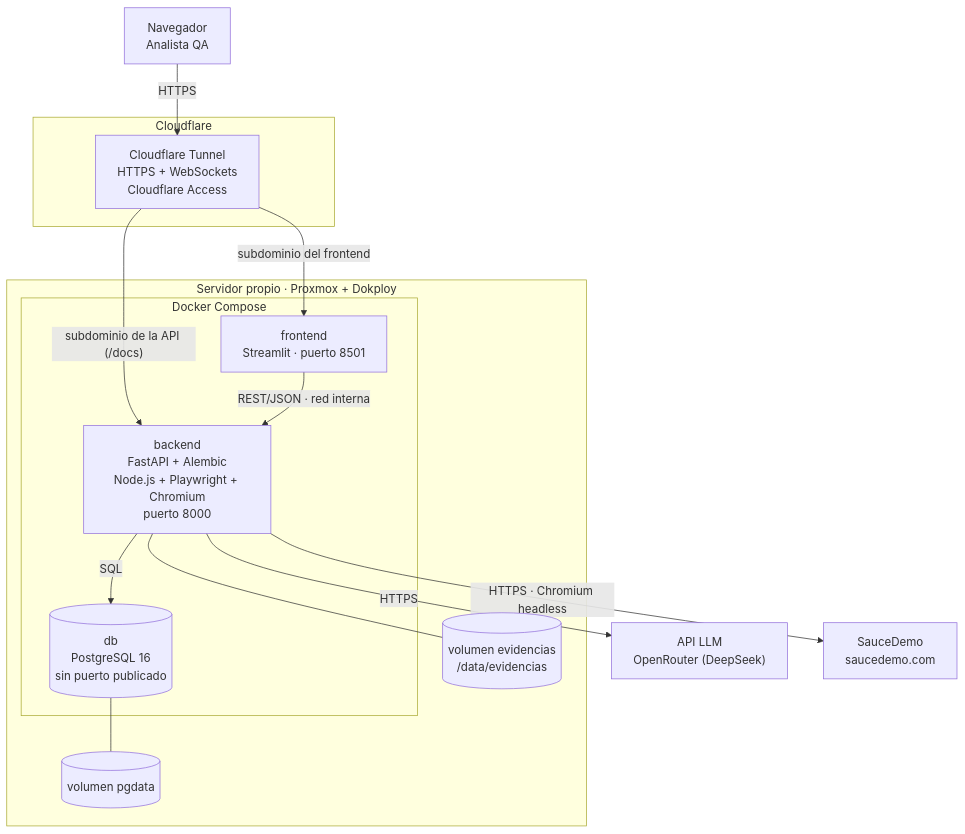
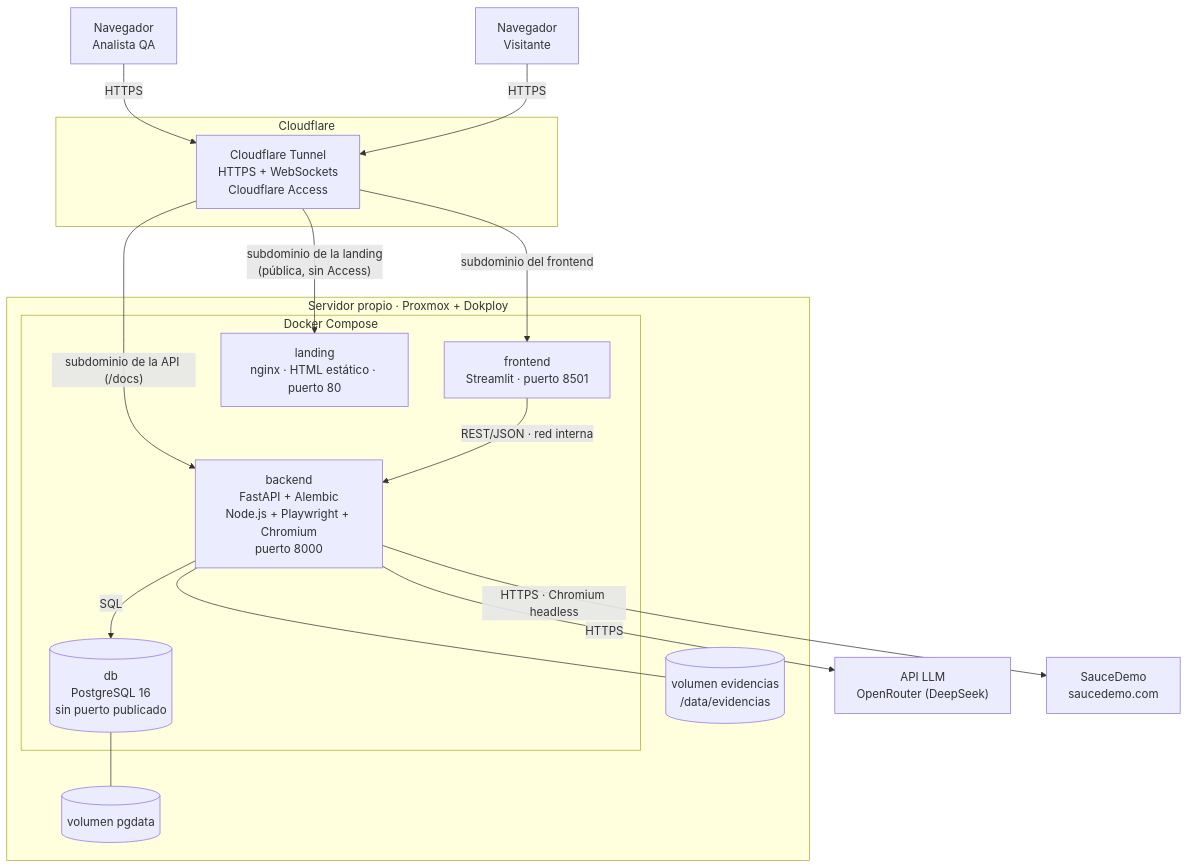
The diagram in docs/uml/despliegue.md (odremano/QACopilot), drawn with Mermaid before and after one commit. The commit also changed other lines of this file and 5 other files, not shown here.

First line of the commit message:
feat: la landing se sirve con nginx como cuarto servicio del compose

````diff
--- a/docs/uml/despliegue.md
+++ b/docs/uml/despliegue.md
@@ -5,31 +5,35 @@
 ```mermaid
 flowchart TB
     nav["Navegador<br/>Analista QA"]
+    visitante["Navegador<br/>Visitante"]
 
     subgraph cloudflare["Cloudflare"]
         tunel["Cloudflare Tunnel<br/>HTTPS + WebSockets<br/>Cloudflare Access"]
     end
 
     subgraph servidor["Servidor propio · Proxmox + Dokploy"]
         subgraph compose["Docker Compose"]
             fe["frontend<br/>Streamlit · puerto 8501"]
             be["backend<br/>FastAPI + Alembic<br/>Node.js + Playwright + Chromium<br/>puerto 8000"]
             db[("db<br/>PostgreSQL 16<br/>sin puerto publicado")]
+            landing["landing<br/>nginx · HTML estático · puerto 80"]
         end
         pgdata[("volumen pgdata")]
         evidencias[("volumen evidencias<br/>/data/evidencias")]
     end
 
     llm["API LLM<br/>OpenRouter (DeepSeek)"]
     sut["SauceDemo<br/>saucedemo.com"]
 
     nav -->|HTTPS| tunel
     tunel -->|"subdominio del frontend"| fe
     tunel -->|"subdominio de la API (/docs)"| be
+    visitante -->|HTTPS| tunel
+    tunel -->|"subdominio de la landing<br/>(pública, sin Access)"| landing
     fe -->|"REST/JSON · red interna"| be
     be -->|SQL| db
     db --- pgdata
     be --- evidencias
     be -->|HTTPS| llm
     be -->|"HTTPS · Chromium headless"| sut
 ```
````
